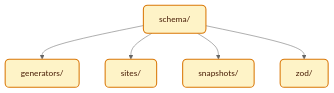
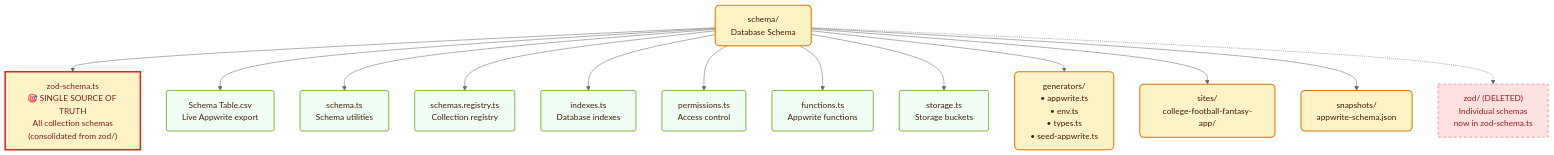
Before and after one commit to kpm34/college-football-fantasy-app: the diagram in docs/diagrams/project-map/schema.md, drawn with Mermaid (neutral theme). The commit also changed 3 other files, not shown here.

First line of the commit message:
docs(project-map): update diagrams for app, docs, schema, ops folders

````diff
--- a/docs/diagrams/project-map/schema.md
+++ b/docs/diagrams/project-map/schema.md
@@ -3,23 +3,63 @@
 ```mermaid
 flowchart TB
   classDef folder fill:#fef3c7,stroke:#d97706,stroke-width:2,color:#451a03,rx:8,ry:8
   classDef file fill:#f0fdf4,stroke:#65a30d,stroke-width:1.5,color:#422006,rx:4,ry:4
-  R["schema/"]
+  classDef ssot fill:#fef3c7,stroke:#dc2626,stroke-width:3,color:#7f1d1d
+  classDef deleted fill:#fee2e2,stroke:#ef4444,stroke-width:1,stroke-dasharray:5 5,color:#991b1b
+  
+  R["schema/<br/>Database Schema"]
   class R folder
-  schema_generators_["generators/"]
+  
+  %% SSOT - Single Source of Truth
+  zod_schema["zod-schema.ts<br/>🎯 SINGLE SOURCE OF TRUTH<br/>All collection schemas<br/>(consolidated from zod/)"]
+  class zod_schema ssot
+  R --> zod_schema
+  
+  %% Core schema files
+  schema_table["Schema Table.csv<br/>Live Appwrite export"]
+  class schema_table file
+  R --> schema_table
+  
+  schema_ts["schema.ts<br/>Schema utilities"]
+  class schema_ts file
+  R --> schema_ts
+  
+  schemas_registry["schemas.registry.ts<br/>Collection registry"]
+  class schemas_registry file
+  R --> schemas_registry
+  
+  indexes_ts["indexes.ts<br/>Database indexes"]
+  class indexes_ts file
+  R --> indexes_ts
+  
+  permissions_ts["permissions.ts<br/>Access control"]
+  class permissions_ts file
+  R --> permissions_ts
+  
+  functions_ts["functions.ts<br/>Appwrite functions"]
+  class functions_ts file
+  R --> functions_ts
+  
+  storage_ts["storage.ts<br/>Storage buckets"]
+  class storage_ts file
+  R --> storage_ts
+  
+  %% Folders
+  schema_generators_["generators/<br/>• appwrite.ts<br/>• env.ts<br/>• types.ts<br/>• seed-appwrite.ts"]
   class schema_generators_ folder
   R --> schema_generators_
   click schema_generators_ "/admin/project-map/schema/generators" "Open generators"
-  schema_sites_["sites/"]
+  
+  schema_sites_["sites/<br/>college-football-fantasy-app/"]
   class schema_sites_ folder
   R --> schema_sites_
-  click schema_sites_ "/admin/project-map/schema/sites" "Open sites"
-  schema_snapshots_["snapshots/"]
+  
+  schema_snapshots_["snapshots/<br/>appwrite-schema.json"]
   class schema_snapshots_ folder
   R --> schema_snapshots_
-  click schema_snapshots_ "/admin/project-map/schema/snapshots" "Open snapshots"
-  schema_zod_["zod/"]
-  class schema_zod_ folder
-  R --> schema_zod_
-  click schema_zod_ "/admin/project-map/schema/zod" "Open zod"
+  
+  %% Deleted folder (for reference)
+  schema_zod_deleted["zod/ (DELETED)<br/>Individual schemas<br/>now in zod-schema.ts"]
+  class schema_zod_deleted deleted
+  R -.-> schema_zod_deleted
 ```
````
